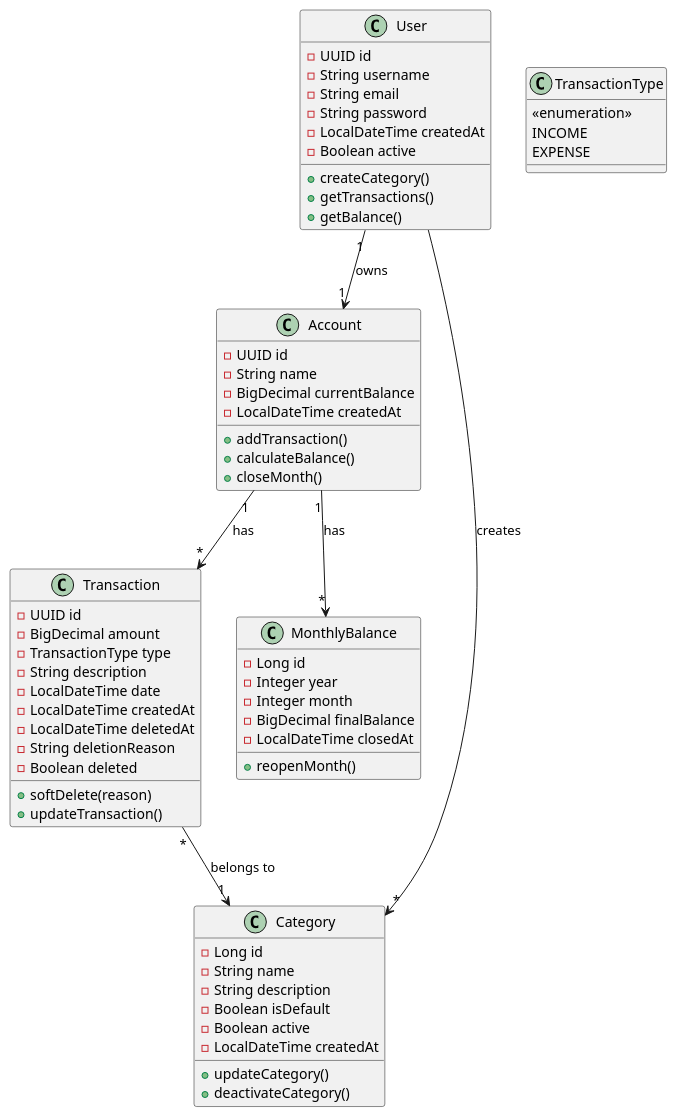
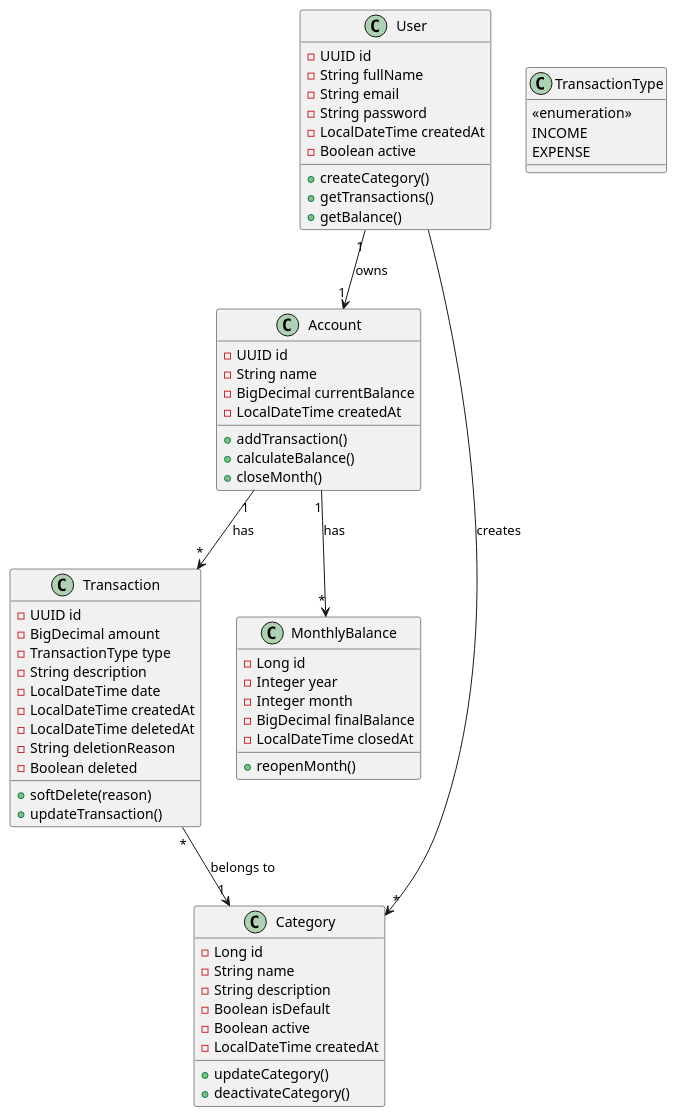
One commit to dluks82/coders24-minerva-money changed the diagram in diagrams/MinervaMoney.puml. Above: the diagram before and after it, drawn with PlantUML. The commit also changed 5 other files, not shown here.

```diff
--- a/diagrams/MinervaMoney.puml
+++ b/diagrams/MinervaMoney.puml
@@ -1,71 +1,71 @@
 @startuml MinervaMoney
 
     User "1" --> "1" Account : owns
     Account "1" --> "*" Transaction : has
     Transaction "*" --> "1" Category : belongs to
     Account "1" --> "*" MonthlyBalance : has
     User --> "*" Category : creates
 
     class User {
         -UUID id
-        -String username
+        -String fullName
         -String email
         -String password
         -LocalDateTime createdAt
         -Boolean active
         +createCategory()
         +getTransactions()
         +getBalance()
     }
 
     class Account {
         -UUID id
         -String name
         -BigDecimal currentBalance
         -LocalDateTime createdAt
         +addTransaction()
         +calculateBalance()
         +closeMonth()
     }
 
     class Transaction {
         -UUID id
         -BigDecimal amount
         -TransactionType type
         -String description
         -LocalDateTime date
         -LocalDateTime createdAt
         -LocalDateTime deletedAt
         -String deletionReason
         -Boolean deleted
         +softDelete(reason)
         +updateTransaction()
     }
 
     class Category {
         -Long id
         -String name
         -String description
         -Boolean isDefault
         -Boolean active
         -LocalDateTime createdAt
         +updateCategory()
         +deactivateCategory()
     }
 
     class MonthlyBalance {
         -Long id
         -Integer year
         -Integer month
         -BigDecimal finalBalance
         -LocalDateTime closedAt
         +reopenMonth()
     }
 
     class TransactionType {
         <<enumeration>>
         INCOME
         EXPENSE
     }
 
 @enduml
```
